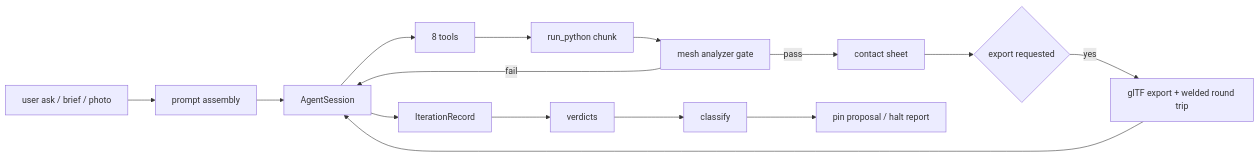
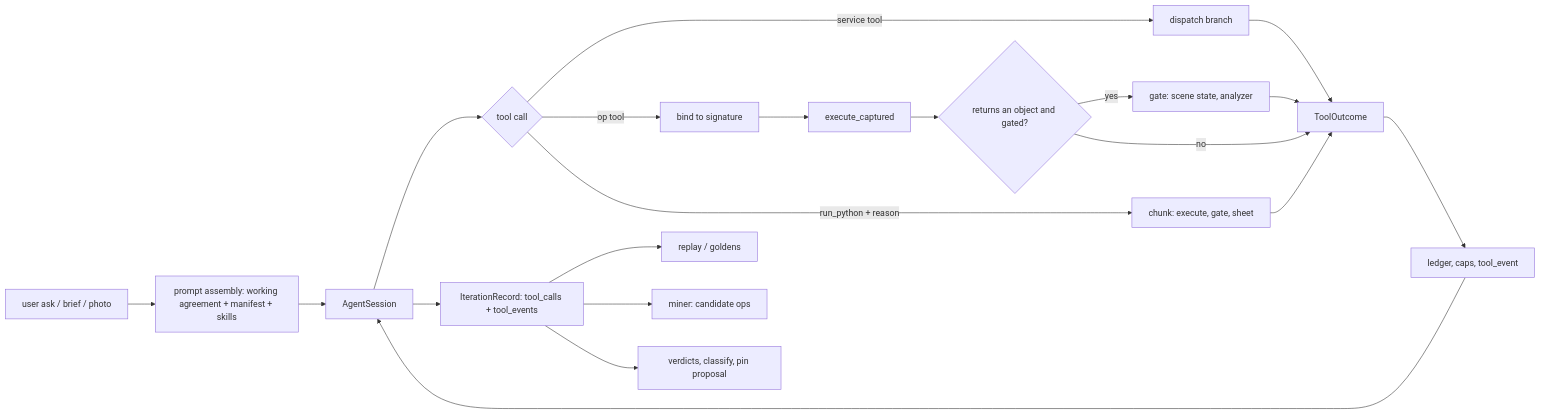
Before and after one commit to Ladvien/blended: the diagram in docs/2026-09-10-specification-and-requirements.md, drawn with Mermaid. The commit also changed other lines of this file, not shown here.

First line of the commit message:
Spec: revise to the tree at 8450842; add Architecture and Design philosophy

````diff
--- a/docs/2026-09-10-specification-and-requirements.md
+++ b/docs/2026-09-10-specification-and-requirements.md
@@ -77,17 +112,22 @@
 ```mermaid
 flowchart LR
-  A[user ask / brief / photo] --> B[prompt assembly]
+  A[user ask / brief / photo] --> B[prompt assembly: working agreement + manifest + skills]
   B --> C[AgentSession]
-  C --> D[8 tools]
-  D --> E[run_python chunk]
-  E --> F[mesh analyzer gate]
-  F -->|fail| C
-  F -->|pass| G[contact sheet]
-  G --> H{export requested}
-  H -->|yes| I[glTF export + welded round trip]
-  I --> C
-  C --> J[IterationRecord]
-  J --> K[verdicts]
-  K --> L[classify]
-  L --> M[pin proposal / halt report]
+  C --> D{tool call}
+  D -->|service tool| E[dispatch branch]
+  D -->|op tool| F[bind to signature]
+  F --> G[execute_captured]
+  G --> H{returns an object and gated?}
+  H -->|yes| I[gate: scene state, analyzer]
+  H -->|no| J[ToolOutcome]
+  I --> J
+  E --> J
+  J --> K[ledger, caps, tool_event]
+  K --> C
+  D -->|run_python + reason| L[chunk: execute, gate, sheet]
+  L --> J
+  C --> M[IterationRecord: tool_calls + tool_events]
+  M --> N[replay / goldens]
+  M --> O[miner: candidate ops]
+  M --> P[verdicts, classify, pin proposal]
 ```
````
